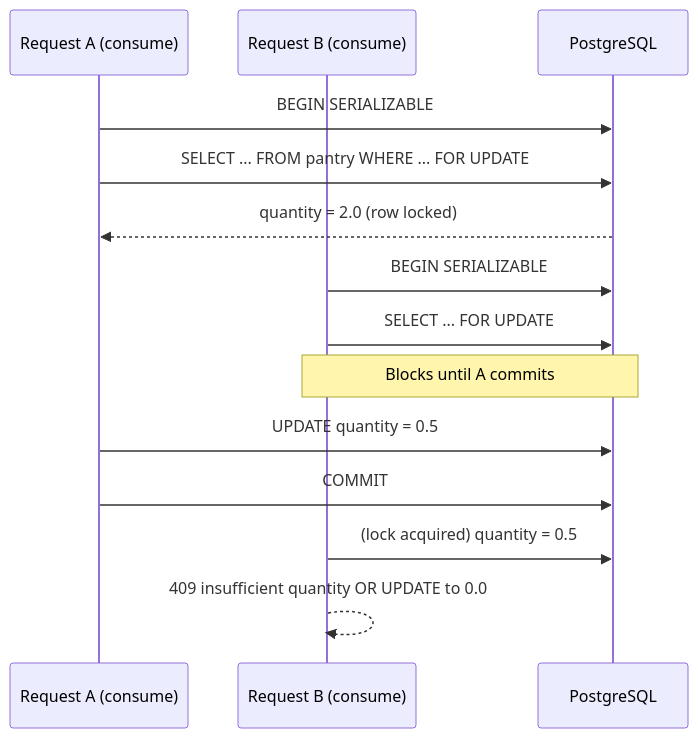
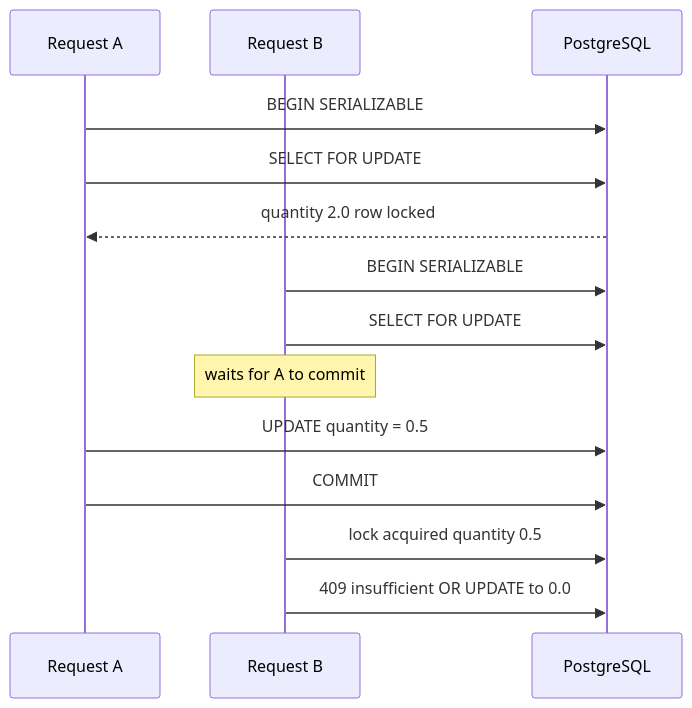
The second of 4 diagrams in docs/concurrency.md (moystee/CSC365_Database_Group_Project), drawn with Mermaid before and after one commit. The commit also changed other lines of this file, not shown here.

````diff
--- a/docs/concurrency.md
+++ b/docs/concurrency.md
@@ -46,17 +47,17 @@
 ```mermaid
 sequenceDiagram
-    participant A as Request A (consume)
-    participant B as Request B (consume)
+    participant A as Request A
+    participant B as Request B
     participant DB as PostgreSQL
 
     A->>DB: BEGIN SERIALIZABLE
-    A->>DB: SELECT ... FROM pantry WHERE ... FOR UPDATE
-    DB-->>A: quantity = 2.0 (row locked)
+    A->>DB: SELECT FOR UPDATE
+    DB-->>A: quantity 2.0 row locked
     B->>DB: BEGIN SERIALIZABLE
-    B->>DB: SELECT ... FOR UPDATE
-    Note over B,DB: Blocks until A commits
+    B->>DB: SELECT FOR UPDATE
+    Note over B: waits for A to commit
     A->>DB: UPDATE quantity = 0.5
     A->>DB: COMMIT
-    B->>DB: (lock acquired) quantity = 0.5
-    B-->>B: 409 insufficient quantity OR UPDATE to 0.0
+    B->>DB: lock acquired quantity 0.5
+    B->>DB: 409 insufficient OR UPDATE to 0.0
 ```
````
